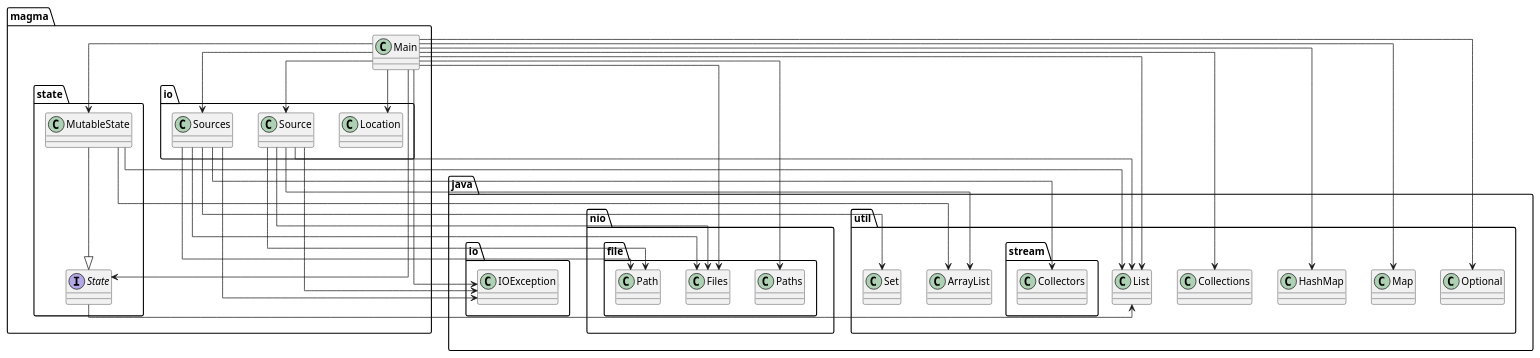
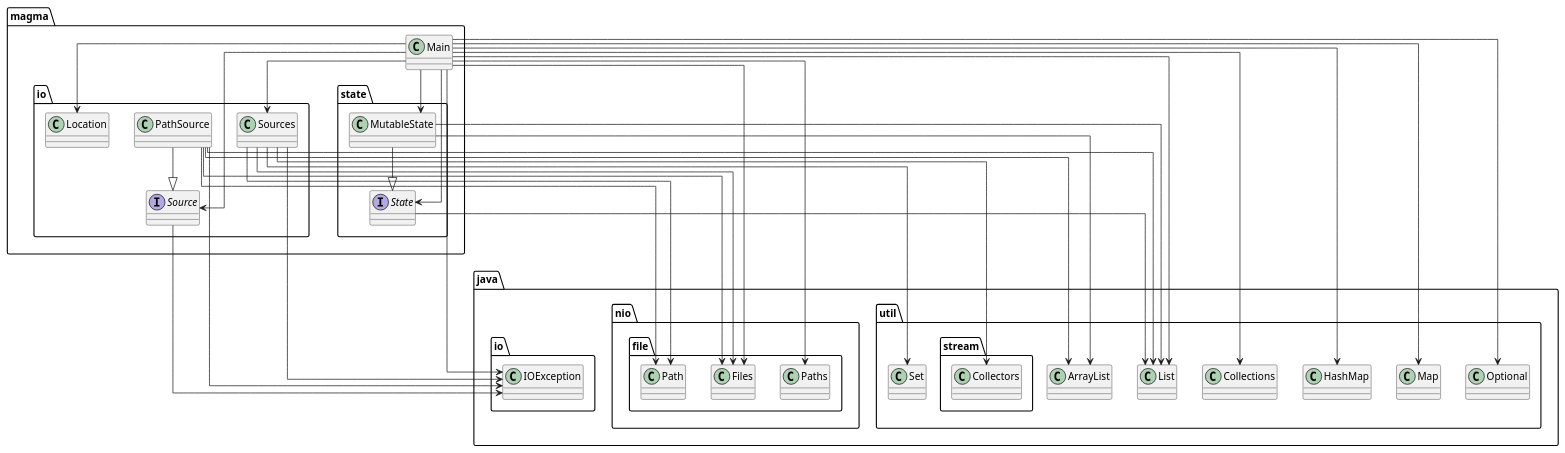
The diagram in diagram.puml (SirMathhman/Magma), drawn with PlantUML before and after one commit. The commit also changed 3 other files, not shown here.

Commit message:
PathSource

```diff
--- a/diagram.puml
+++ b/diagram.puml
@@ -1,36 +1,39 @@
 @startuml
 skinparam linetype ortho
 class magma.io.Location
 magma.Main --> magma.io.Location
 magma.Main --> magma.io.Source
 magma.Main --> magma.io.Sources
 magma.Main --> magma.state.MutableState
 magma.Main --> magma.state.State
 magma.Main --> java.io.IOException
 magma.Main --> java.nio.file.Files
 magma.Main --> java.nio.file.Paths
 magma.Main --> java.util.Collections
 magma.Main --> java.util.HashMap
 magma.Main --> java.util.List
 magma.Main --> java.util.Map
 magma.Main --> java.util.Optional
 class magma.Main
 magma.state.State --> java.util.List
 interface magma.state.State
 magma.io.Source --> java.io.IOException
-magma.io.Source --> java.nio.file.Files
-magma.io.Source --> java.nio.file.Path
-magma.io.Source --> java.util.ArrayList
-magma.io.Source --> java.util.List
-class magma.io.Source
+interface magma.io.Source
 magma.state.MutableState --> java.util.ArrayList
 magma.state.MutableState --> java.util.List
 class magma.state.MutableState
 magma.state.MutableState --|> magma.state.State
+magma.io.PathSource --> java.io.IOException
+magma.io.PathSource --> java.nio.file.Files
+magma.io.PathSource --> java.nio.file.Path
+magma.io.PathSource --> java.util.ArrayList
+magma.io.PathSource --> java.util.List
+class magma.io.PathSource
+magma.io.PathSource --|> magma.io.Source
 magma.io.Sources --> java.io.IOException
 magma.io.Sources --> java.nio.file.Files
 magma.io.Sources --> java.nio.file.Path
 magma.io.Sources --> java.util.Set
 magma.io.Sources --> java.util.stream.Collectors
 class magma.io.Sources
 @enduml
```
